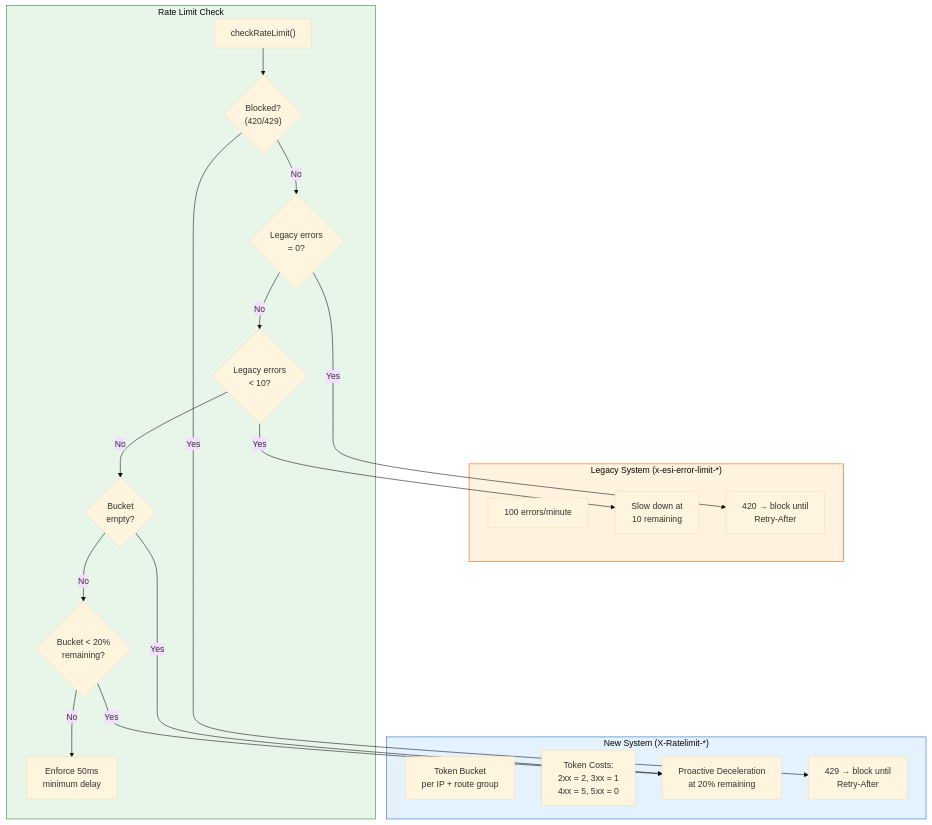
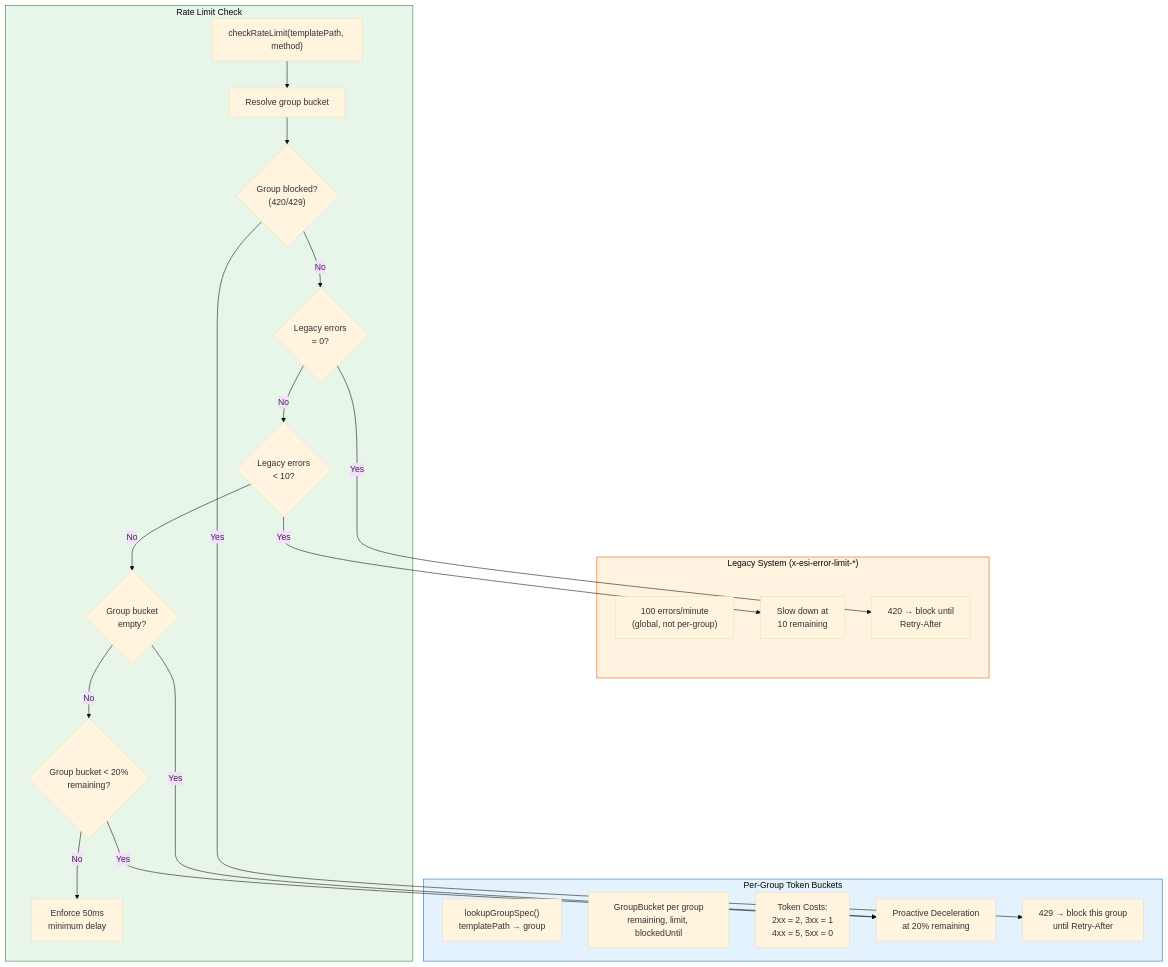
The ninth of 9 diagrams in guides/ARCHITECTURE.md (lgriffin/ESI.ts), drawn with Mermaid (base theme) before and after one commit. The commit also changed other lines of this file and 13 other files, not shown here.

First line of the commit message:
feat: per-group spec-driven rate limiting with optional per-user bucketing

````diff
--- a/guides/ARCHITECTURE.md
+++ b/guides/ARCHITECTURE.md
@@ -508,41 +516,44 @@
 ```mermaid
 graph TB
-    subgraph NewSystem["New System (X-Ratelimit-*)"]
-        Bucket["Token Bucket<br/>per IP + route group"]
+    subgraph PerGroup["Per-Group Token Buckets"]
+        Lookup["lookupGroupSpec()<br/>templatePath → group"]
+        Bucket["GroupBucket per group<br/>remaining, limit, blockedUntil"]
         Costs["Token Costs:<br/>2xx = 2, 3xx = 1<br/>4xx = 5, 5xx = 0"]
         Decel["Proactive Deceleration<br/>at 20% remaining"]
-        Block429["429 → block until<br/>Retry-After"]
+        Block429["429 → block this group<br/>until Retry-After"]
     end
 
     subgraph LegacySystem["Legacy System (x-esi-error-limit-*)"]
-        ErrorBudget["100 errors/minute"]
+        ErrorBudget["100 errors/minute<br/>(global, not per-group)"]
         SlowDown["Slow down at<br/>10 remaining"]
         Block420["420 → block until<br/>Retry-After"]
     end
 
     subgraph Decision["Rate Limit Check"]
-        Start["checkRateLimit()"]
-        IsBlocked{"Blocked?<br/>(420/429)"}
+        Start["checkRateLimit(templatePath, method)"]
+        ResolveGroup["Resolve group bucket"]
+        IsBlocked{"Group blocked?<br/>(420/429)"}
         LegacyLow{"Legacy errors<br/>< 10?"}
         LegacyZero{"Legacy errors<br/>= 0?"}
-        BucketLow{"Bucket < 20%<br/>remaining?"}
-        BucketEmpty{"Bucket<br/>empty?"}
+        BucketLow{"Group bucket < 20%<br/>remaining?"}
+        BucketEmpty{"Group bucket<br/>empty?"}
         MinDelay["Enforce 50ms<br/>minimum delay"]
     end
 
-    Start --> IsBlocked
+    Start --> ResolveGroup
+    ResolveGroup --> IsBlocked
     IsBlocked -->|Yes| Block429
     IsBlocked -->|No| LegacyZero
     LegacyZero -->|Yes| Block420
     LegacyZero -->|No| LegacyLow
     LegacyLow -->|Yes| SlowDown
     LegacyLow -->|No| BucketEmpty
     BucketEmpty -->|Yes| Decel
     BucketEmpty -->|No| BucketLow
     BucketLow -->|Yes| Decel
     BucketLow -->|No| MinDelay
 
-    style NewSystem fill:#e3f2fd,stroke:#1565c0
+    style PerGroup fill:#e3f2fd,stroke:#1565c0
     style LegacySystem fill:#fff3e0,stroke:#e65100
     style Decision fill:#e8f5e9,stroke:#2e7d32
 ```
````
